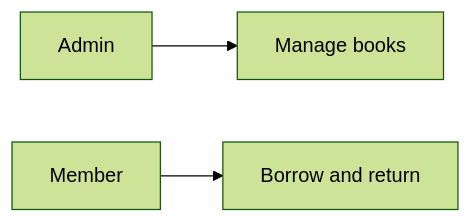
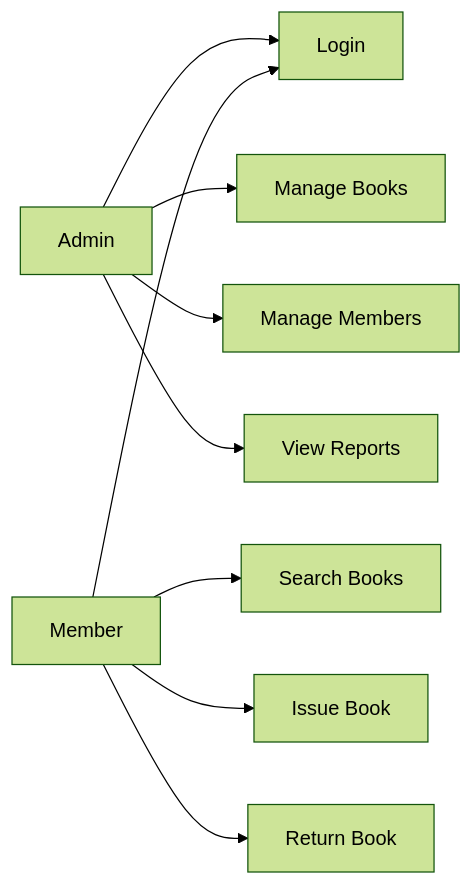
One commit to SykikXO/CSE2006 changed the third of 6 diagrams in docs/DESIGN.md. Above: the diagram before and after it, drawn with Mermaid (forest theme). The commit also changed other lines of this file, not shown here.

````diff
--- a/docs/DESIGN.md
+++ b/docs/DESIGN.md
@@ -83,5 +95,11 @@
 ```mermaid
 graph LR
-  Admin --> UC1[Manage books]
-  Member --> UC2[Borrow and return]
+  Admin --> UC1[Login]
+  Member --> UC1
+  Admin --> UC2[Manage Books]
+  Admin --> UC3[Manage Members]
+  Admin --> UC4[View Reports]
+  Member --> UC5[Search Books]
+  Member --> UC6[Issue Book]
+  Member --> UC7[Return Book]
 ```
````
